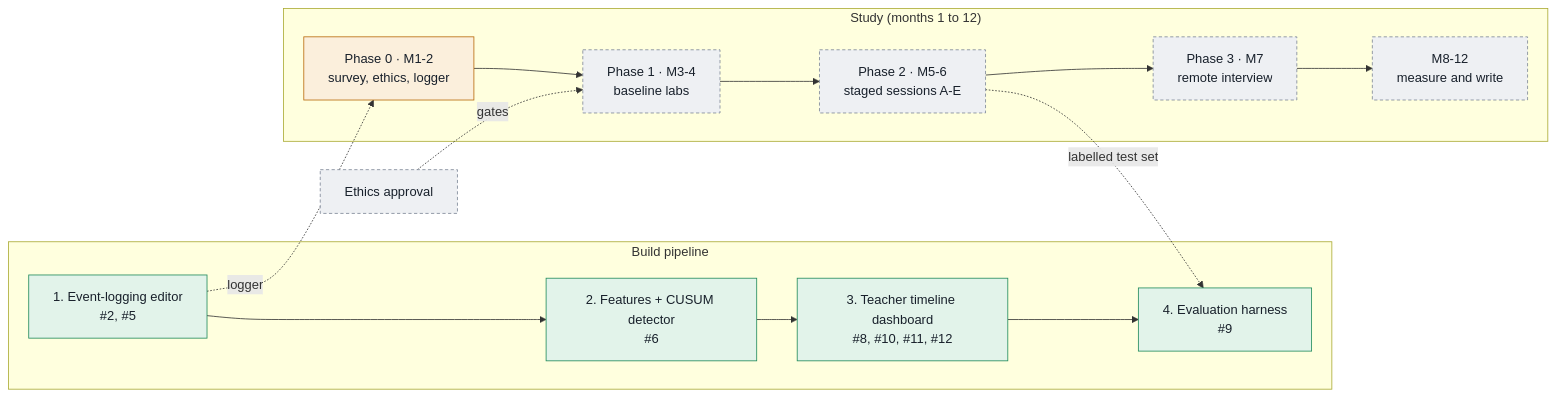
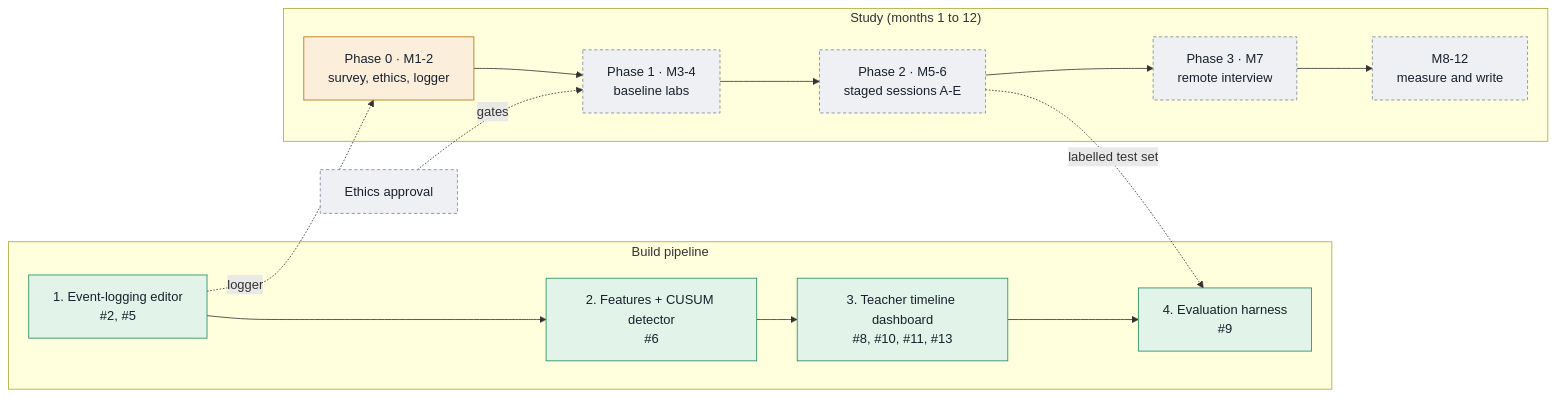
Before and after one commit to codehamster69/student-ide: the diagram in thesis/progress/STATUS.md, drawn with Mermaid. The commit also changed other lines of this file and 2 other files, not shown here.

Commit message:
Progress diagram: this is PR #13
Claude-Session: https://claude.ai/code/session_018oCRKwWnH2ZyPXHEUTCZj6

````diff
--- a/thesis/progress/STATUS.md
+++ b/thesis/progress/STATUS.md
@@ -14,21 +14,21 @@
 ```mermaid
 flowchart LR
   classDef done fill:#e2f3ea,stroke:#1f8a5b,color:#18202b
   classDef prog fill:#fbefdc,stroke:#b86a0b,color:#18202b
   classDef pend fill:#eef0f3,stroke:#7c8696,stroke-dasharray:4 3,color:#18202b
 
   subgraph Build["Build pipeline"]
     B1["1. Event-logging editor<br/>#2, #5"]:::done --> B2["2. Features + CUSUM detector<br/>#6"]:::done
-    B2 --> B3["3. Teacher timeline dashboard<br/>#8, #10, #11, #12"]:::done --> B4["4. Evaluation harness<br/>#9"]:::done
+    B2 --> B3["3. Teacher timeline dashboard<br/>#8, #10, #11, #13"]:::done --> B4["4. Evaluation harness<br/>#9"]:::done
   end
 
   subgraph Study["Study (months 1 to 12)"]
     P0["Phase 0 · M1-2<br/>survey, ethics, logger"]:::prog --> P1["Phase 1 · M3-4<br/>baseline labs"]:::pend
     P1 --> P2["Phase 2 · M5-6<br/>staged sessions A-E"]:::pend --> P3["Phase 3 · M7<br/>remote interview"]:::pend
     P3 --> W["M8-12<br/>measure and write"]:::pend
   end
 
   E["Ethics approval"]:::pend -. gates .-> P1
   B1 -. logger .-> P0
   P2 -. labelled test set .-> B4
 ```
````
